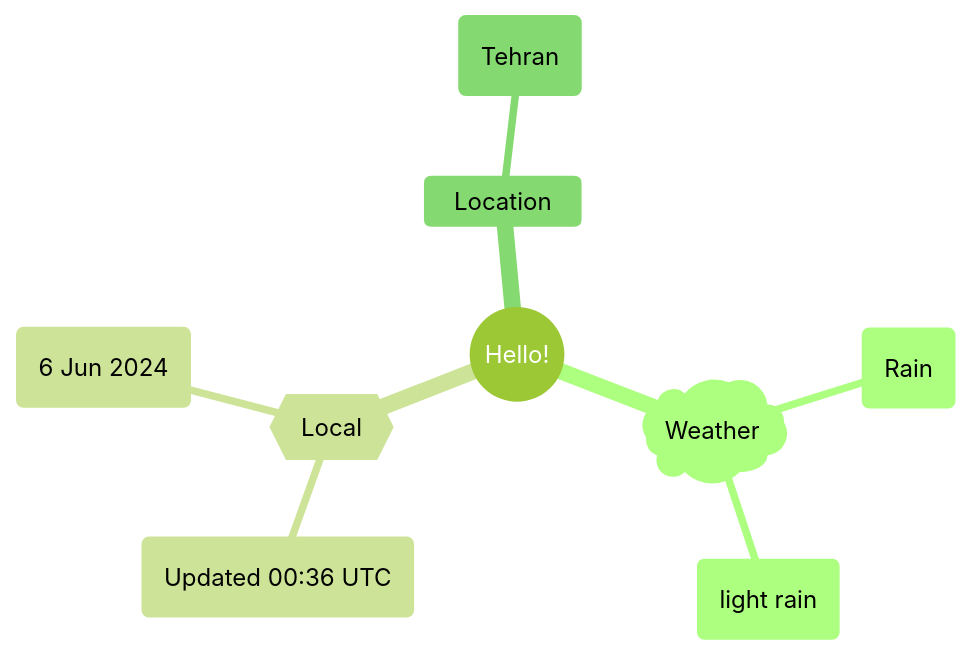
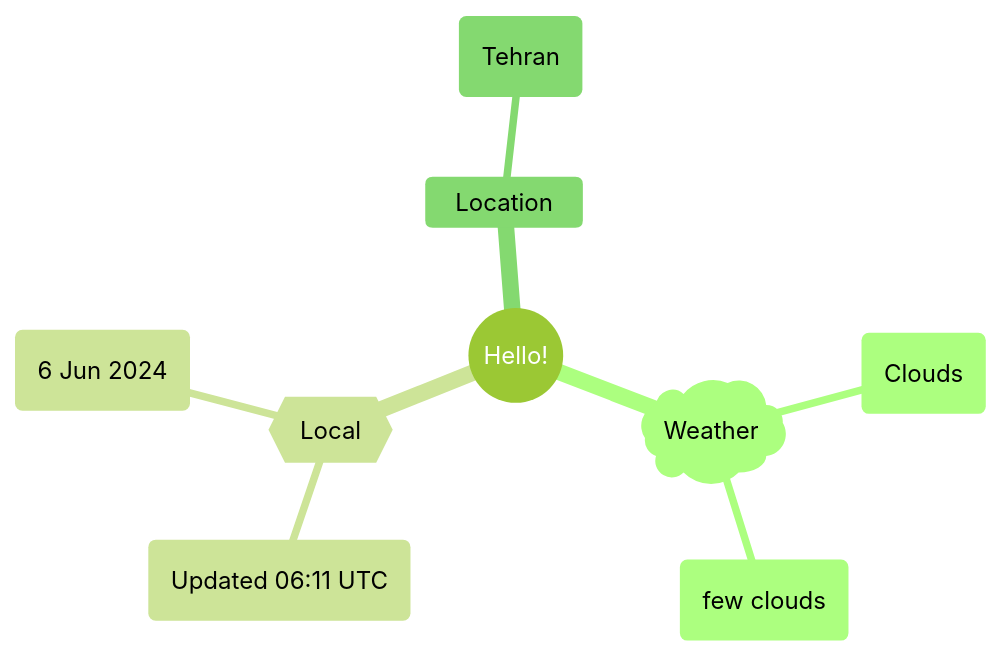
Before and after one commit to Xosrov/Xosrov: the first of 2 diagrams in README.md, drawn with Mermaid (forest theme).

Commit message:
[bot] updated images

````diff
--- a/README.md
+++ b/README.md
@@ -3,12 +3,12 @@
 ```mermaid
 mindmap
   root((Hello!))
     )Weather(
-        (Rain)
-        (light rain)
+        (Clouds)
+        (few clouds)
     {{Local}}
-        (Updated 00:36 UTC)
+        (Updated 06:11 UTC)
         (6 Jun 2024)
     Location
         (Tehran)
 ```
````
